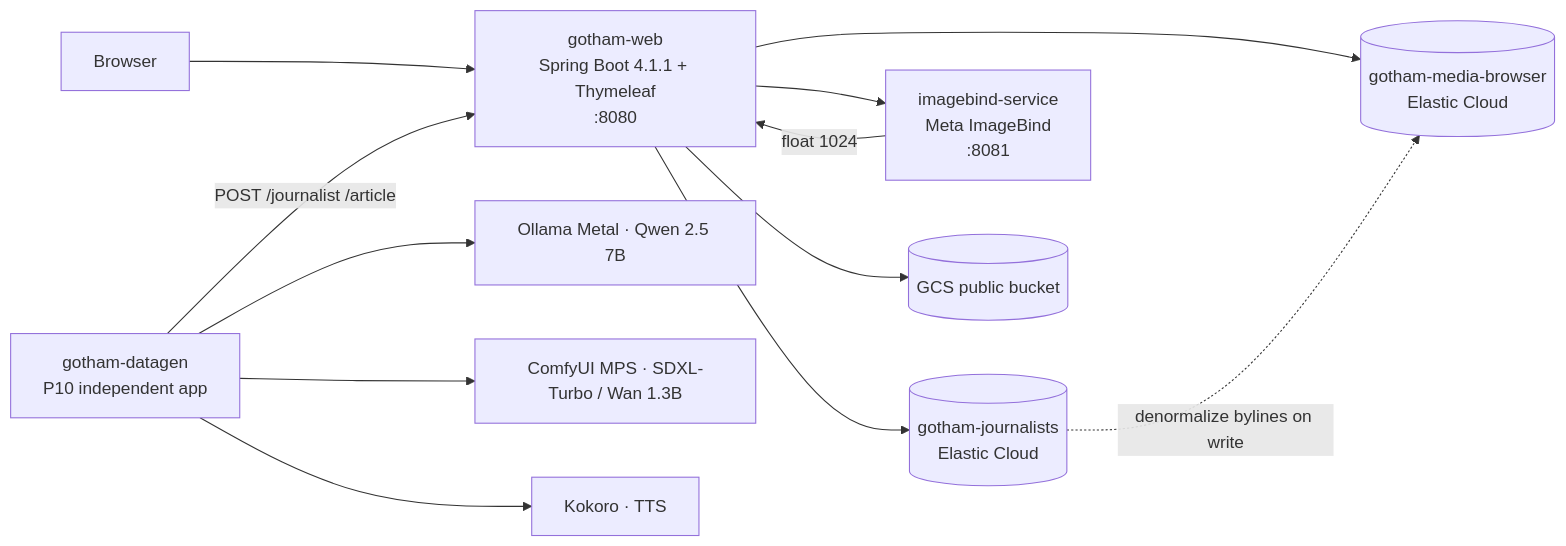
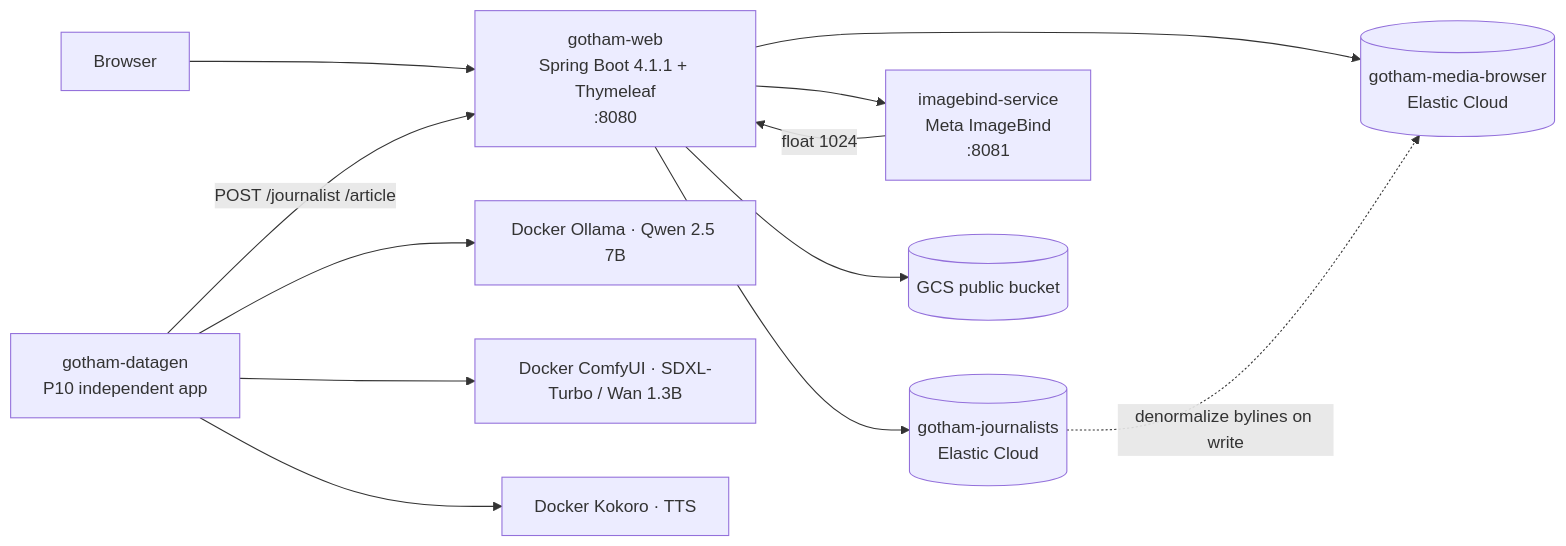
Before and after one commit to bigfito/gotham-media-browser: the first of 4 diagrams in docs/architecture-end-to-end.md, drawn with Mermaid. The commit also changed 6 other files, not shown here.

````diff
--- a/docs/architecture-end-to-end.md
+++ b/docs/architecture-end-to-end.md
@@ -33,14 +33,14 @@
 ```mermaid
 flowchart LR
   U[Browser] --> WEB[gotham-web<br/>Spring Boot 4.1.1 + Thymeleaf<br/>:8080]
   DG[gotham-datagen<br/>P10 independent app] -->|POST /journalist /article| WEB
-  DG --> OLL[Ollama Metal · Qwen 2.5 7B]
-  DG --> CFY[ComfyUI MPS · SDXL-Turbo / Wan 1.3B]
-  DG --> KOK[Kokoro · TTS]
+  DG --> OLL[Docker Ollama · Qwen 2.5 7B]
+  DG --> CFY[Docker ComfyUI · SDXL-Turbo / Wan 1.3B]
+  DG --> KOK[Docker Kokoro · TTS]
   WEB --> JI[(gotham-journalists<br/>Elastic Cloud)]
   WEB --> AI[(gotham-media-browser<br/>Elastic Cloud)]
   WEB --> IB[imagebind-service<br/>Meta ImageBind<br/>:8081]
   WEB --> GCS[(GCS public bucket)]
   JI -.->|denormalize bylines on write| AI
   IB -->|float 1024| WEB
 ```
````
